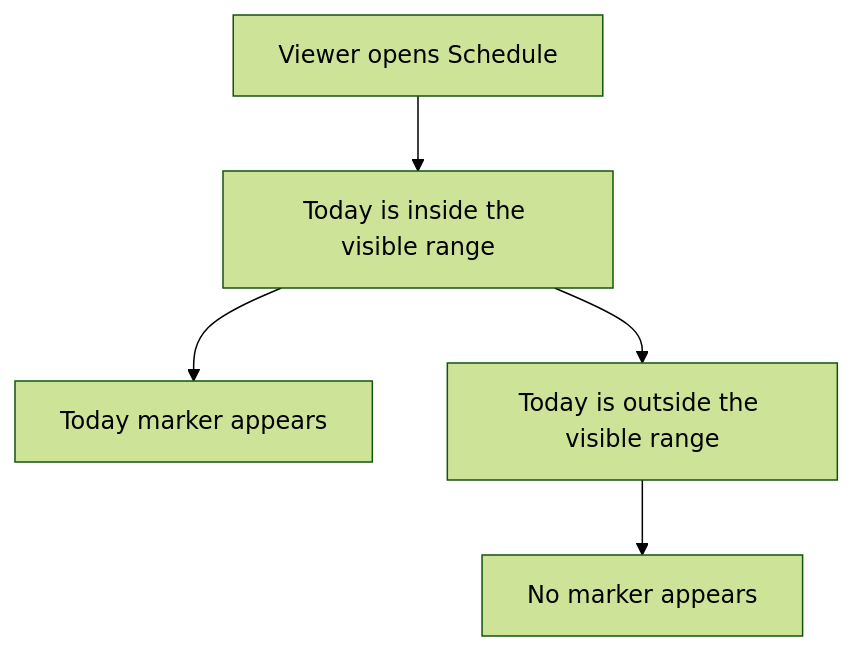
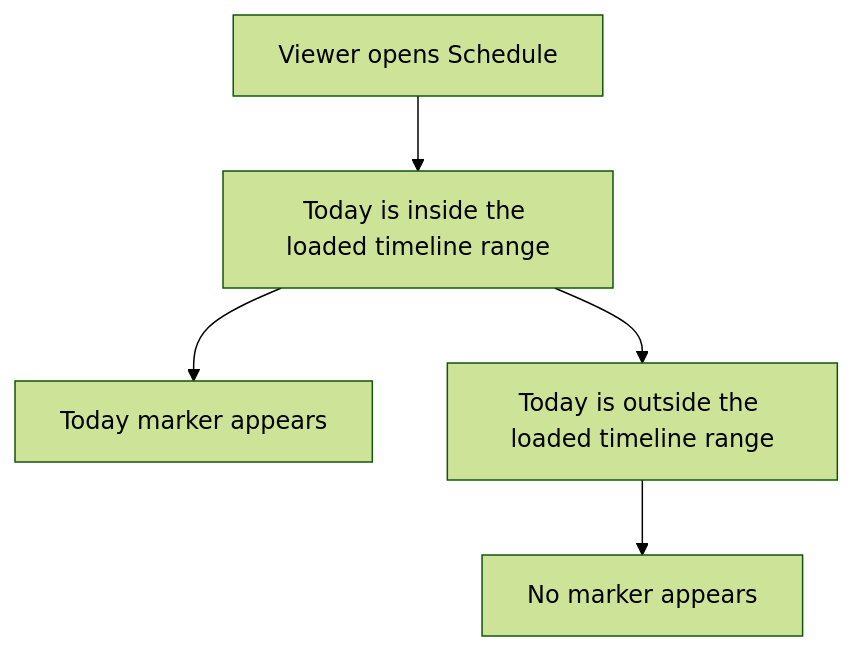
One commit to Kevinjohn/capacitylens changed the first of 2 diagrams in user-stories/scheduler/US-SCH-12-today-line.md. Above: the diagram before and after it, drawn with Mermaid (forest theme). The commit also changed other lines of this file and 119 other files, not shown here.

First line of the commit message:
docs: correct story text and flow diagrams against current source

````diff
--- a/user-stories/scheduler/US-SCH-12-today-line.md
+++ b/user-stories/scheduler/US-SCH-12-today-line.md
@@ -21,12 +22,12 @@
 ```mermaid
 flowchart TD
   A["Viewer opens Schedule"]
-  B["Today is inside the visible range"]
+  B["Today is inside the loaded timeline range"]
   C["Today marker appears"]
-  D["Today is outside the visible range"]
+  D["Today is outside the loaded timeline range"]
   E["No marker appears"]
   A --> B
   B --> C
   B --> D
   D --> E
 ```
````
